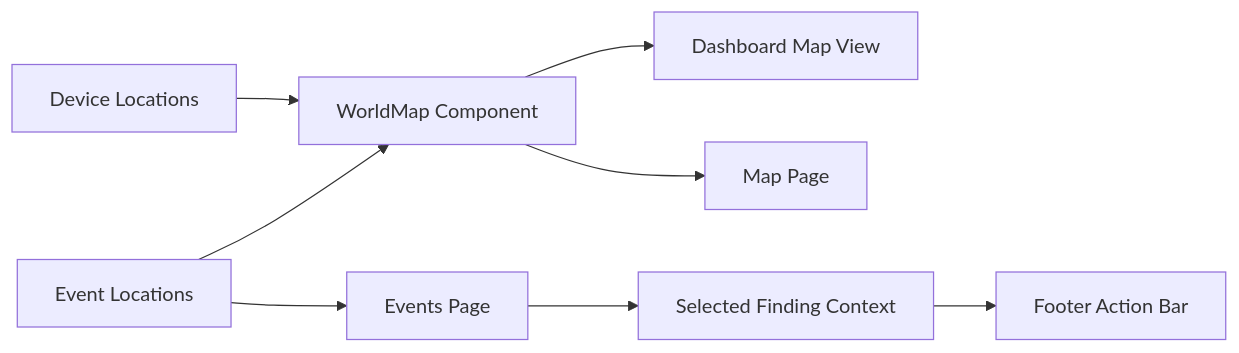
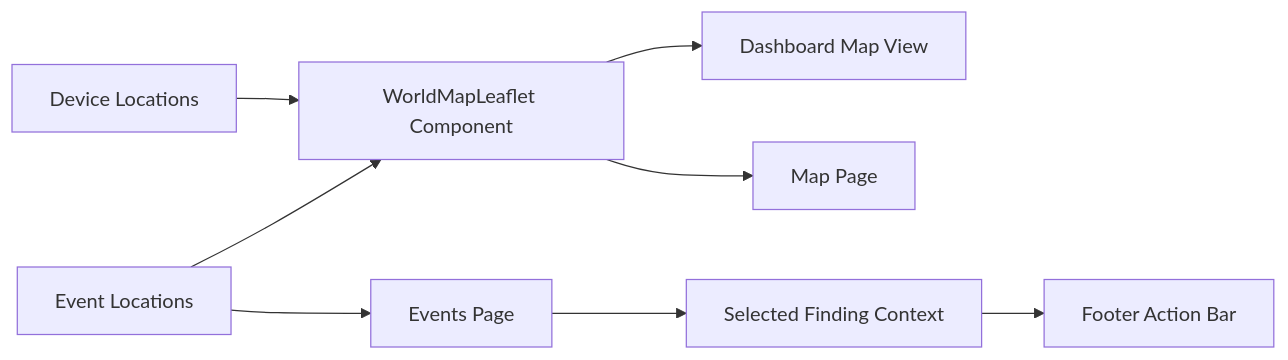
Before and after one commit to NyxeraLabs/Nyxera-Eye: the diagram in docs/dev-logs/sprints/SPRINT-19.md, drawn with Mermaid. The commit also changed other lines of this file and 9 other files, not shown here.

Commit message:
feat(frontend): add interactive leaflet world map with device/event overlays and sprint 20 docs

````diff
--- a/docs/dev-logs/sprints/SPRINT-19.md
+++ b/docs/dev-logs/sprints/SPRINT-19.md
@@ -33,10 +33,10 @@
 ```mermaid
 flowchart LR
-  A[Device Locations] --> C[WorldMap Component]
+  A[Device Locations] --> C[WorldMapLeaflet Component]
   B[Event Locations] --> C
   C --> D[Dashboard Map View]
   C --> E[Map Page]
   B --> F[Events Page]
   F --> G[Selected Finding Context]
   G --> H[Footer Action Bar]
 ```
````
